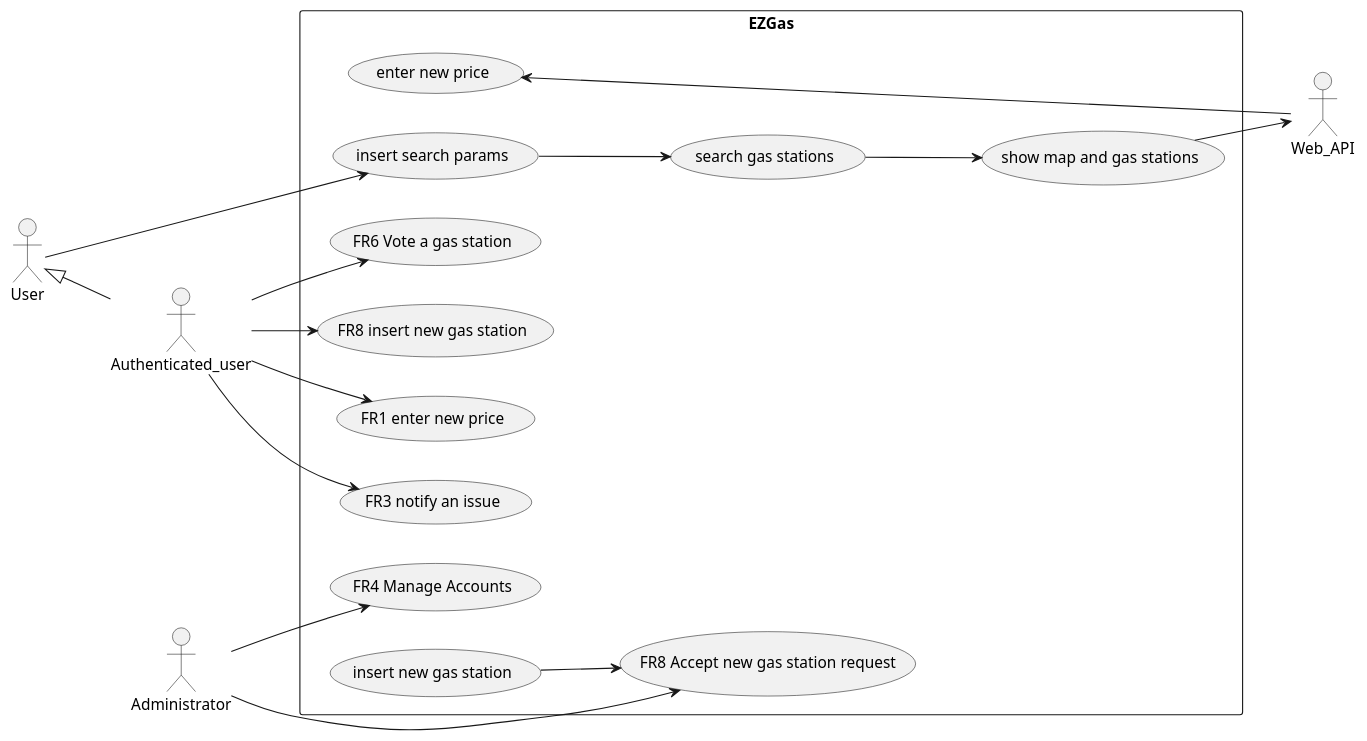
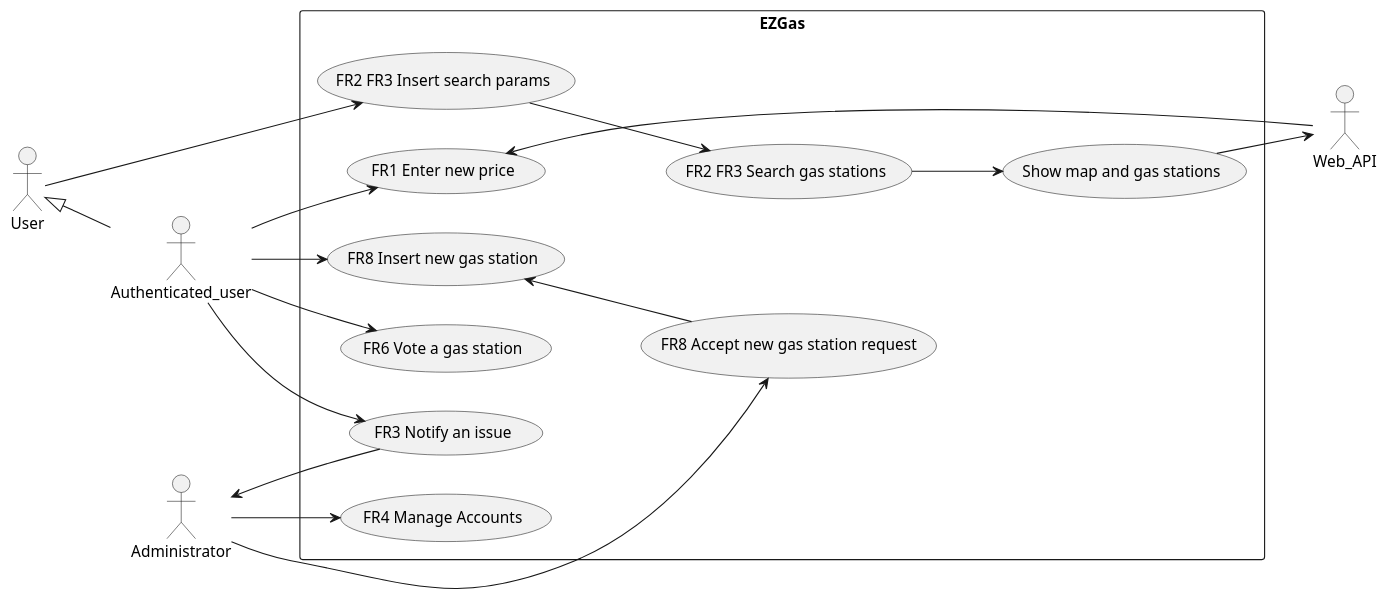
The second of 3 diagrams in docs/RequirementsDocument.md (SE2-group4/SE1-project), drawn with PlantUML before and after one commit. The commit also changed other lines of this file and 12 other files, not shown here.

````diff
--- a/docs/RequirementsDocument.md
+++ b/docs/RequirementsDocument.md
@@ -114,35 +114,35 @@
 ```plantuml
 @startuml
 
 left to right direction
 
 Actor User as U
 Actor Authenticated_user as AU
 Actor Administrator as A
 Actor Web_API as WA
 
 U <|-- AU
 rectangle EZGas{
-  U --> (insert search params)
+  U --> (FR2 FR3 Insert search params)
 
   AU --> (FR6 Vote a gas station)
-  AU --> (FR8 insert new gas station)
-  AU --> (FR1 enter new price)
-  AU --> (FR3 notify an issue)
-
+  AU --> (FR8 Insert new gas station)
+  AU --> (FR1 Enter new price)
+  AU --> (FR3 Notify an issue)
+  A <-- (FR3 Notify an issue)
   A --> (FR4 Manage Accounts)
   A --> (FR8 Accept new gas station request)
   'A <-- (FR7 send report)
 
   'WA --> (FR7 send report)*
-  (show map and gas stations) --> WA
-  (enter new price) <-- WA
-  (insert new gas station) --> (FR8 Accept new gas station request)
-  (insert search params) --> (search gas stations)
-  (search gas stations) --> (show map and gas stations)
+  (Show map and gas stations) --> WA
+  (FR1 Enter new price) <-- WA
+  (FR8 Insert new gas station) <-- (FR8 Accept new gas station request)
+  (FR2 FR3 Insert search params) --> (FR2 FR3 Search gas stations)
+  (FR2 FR3 Search gas stations) --> (Show map and gas stations)
 
 
 }
 
 @enduml
 ```
````
